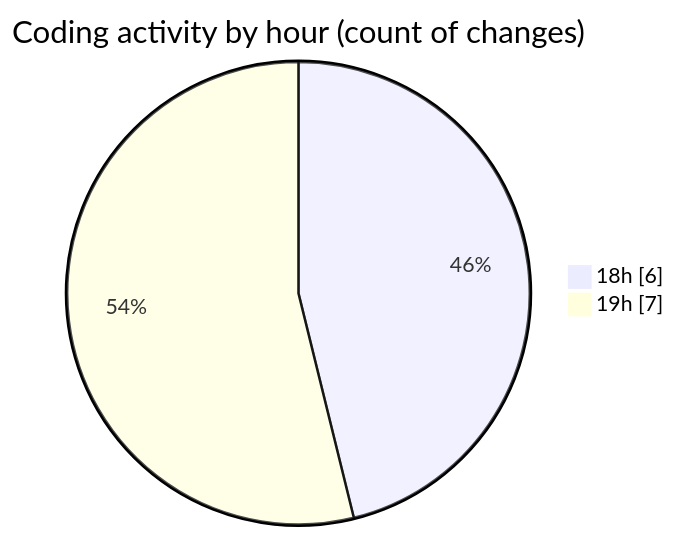
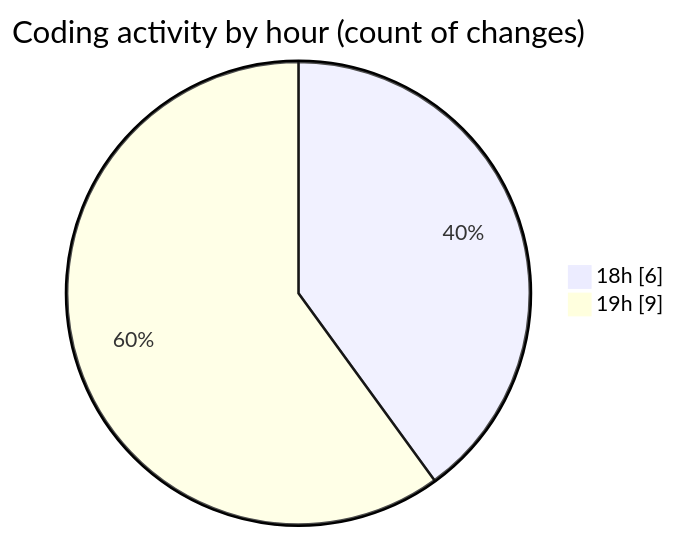
One commit to hasnaa123/code-tracking changed the second of 2 diagrams in 2025-12-13/technologie_web/README.md. Above: the diagram before and after it, drawn with Mermaid. The commit also changed other lines of this file and 1 other file, not shown here.

````diff
--- a/2025-12-13/technologie_web/README.md
+++ b/2025-12-13/technologie_web/README.md
@@ -28,6 +28,6 @@
 ```mermaid
 pie showData
 title Coding activity by hour (count of changes)
 "18h" : 6
-"19h" : 7
+"19h" : 9
 ```
````
